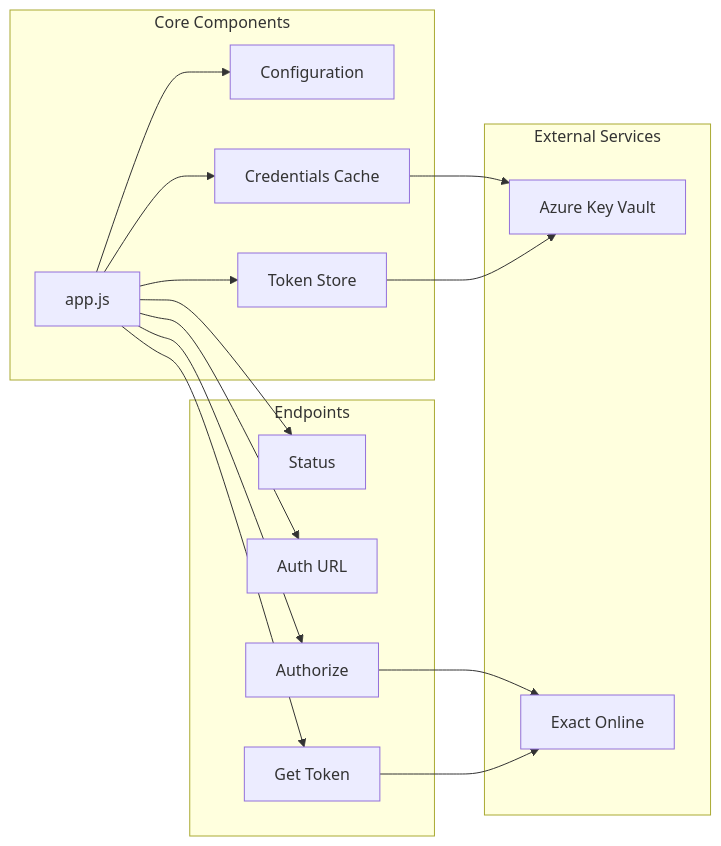
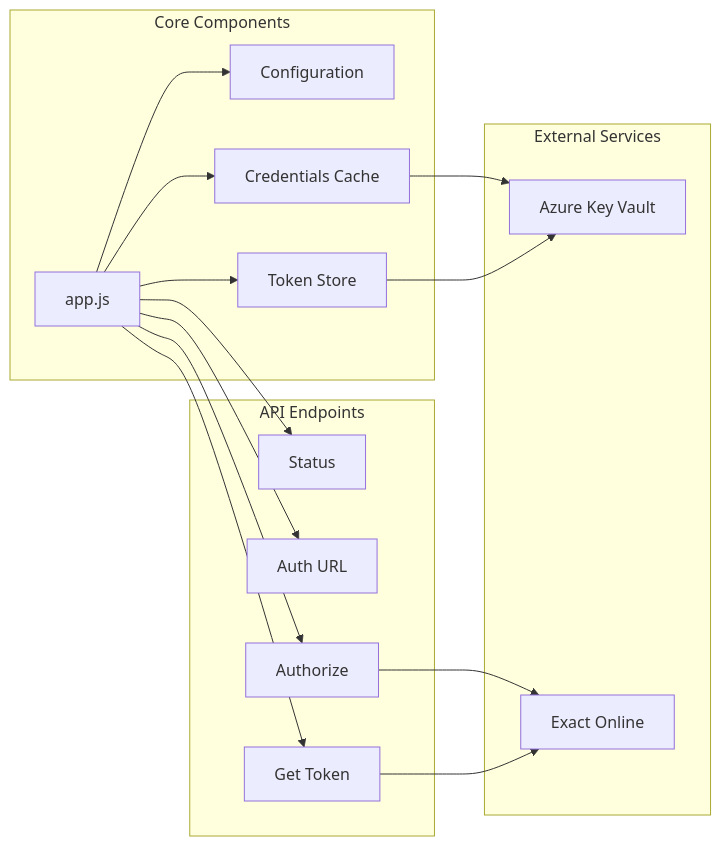
The fourth of 5 diagrams in README.md (robertor4/exactonline-auth-gateway), drawn with Mermaid before and after one commit. The commit also changed other lines of this file, not shown here.

Commit message:
Updated software diagrams

````diff
--- a/README.md
+++ b/README.md
@@ -95,34 +103,34 @@
 ```mermaid
 graph LR
     subgraph Core Components
         App[app.js]
         Config[Configuration]
         TokenStore[Token Store]
         Credentials[Credentials Cache]
     end
     
     subgraph External Services
         KV[Azure Key Vault]
         EO[Exact Online]
     end
     
-    subgraph Endpoints
+    subgraph API Endpoints
         Status[Status]
         AuthUrl[Auth URL]
         Authorize[Authorize]
         GetToken[Get Token]
     end
     
     App --> Config
     App --> TokenStore
     App --> Credentials
     App --> Status
     App --> AuthUrl
     App --> Authorize
     App --> GetToken
     
     Credentials --> KV
     TokenStore --> KV
     Authorize --> EO
     GetToken --> EO
 ```
````
